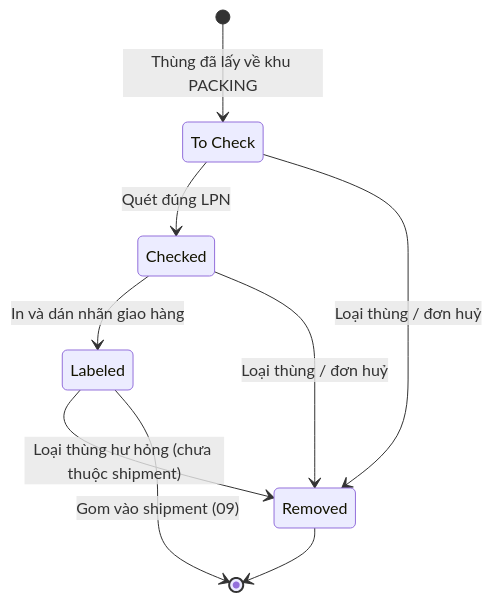
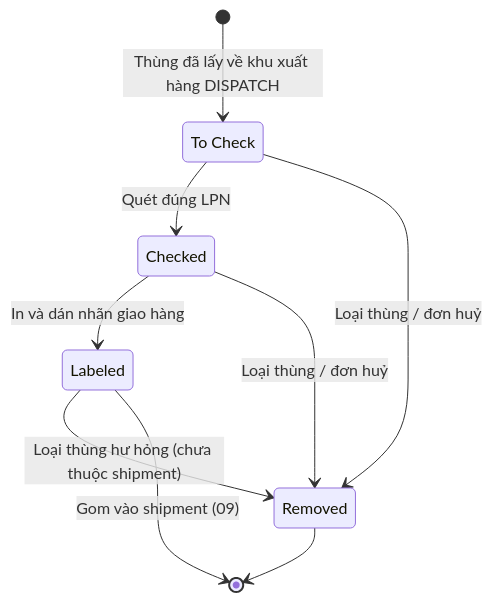
The eighth of 14 diagrams in docs/diagrams/README.md (KLTN-FA26/docs), drawn with Mermaid before and after one commit. The commit also changed other lines of this file and 14 other files, not shown here.

First line of the commit message:
Compute location volumes from the map, merge the packing area into dispatch, drop cold and hazmat classes

````diff
--- a/docs/diagrams/README.md
+++ b/docs/diagrams/README.md
@@ -424,12 +425,12 @@
 ```mermaid
 stateDiagram-v2
     state "To Check" as ToCheck
-    [*] --> ToCheck: Thùng đã lấy về khu PACKING
+    [*] --> ToCheck: Thùng đã lấy về khu xuất hàng DISPATCH
     ToCheck --> Checked: Quét đúng LPN
     Checked --> Labeled: In và dán nhãn giao hàng
     ToCheck --> Removed: Loại thùng / đơn huỷ
     Checked --> Removed: Loại thùng / đơn huỷ
     Labeled --> Removed: Loại thùng hư hỏng (chưa thuộc shipment)
     Labeled --> [*]: Gom vào shipment (09)
     Removed --> [*]
 ```
````
